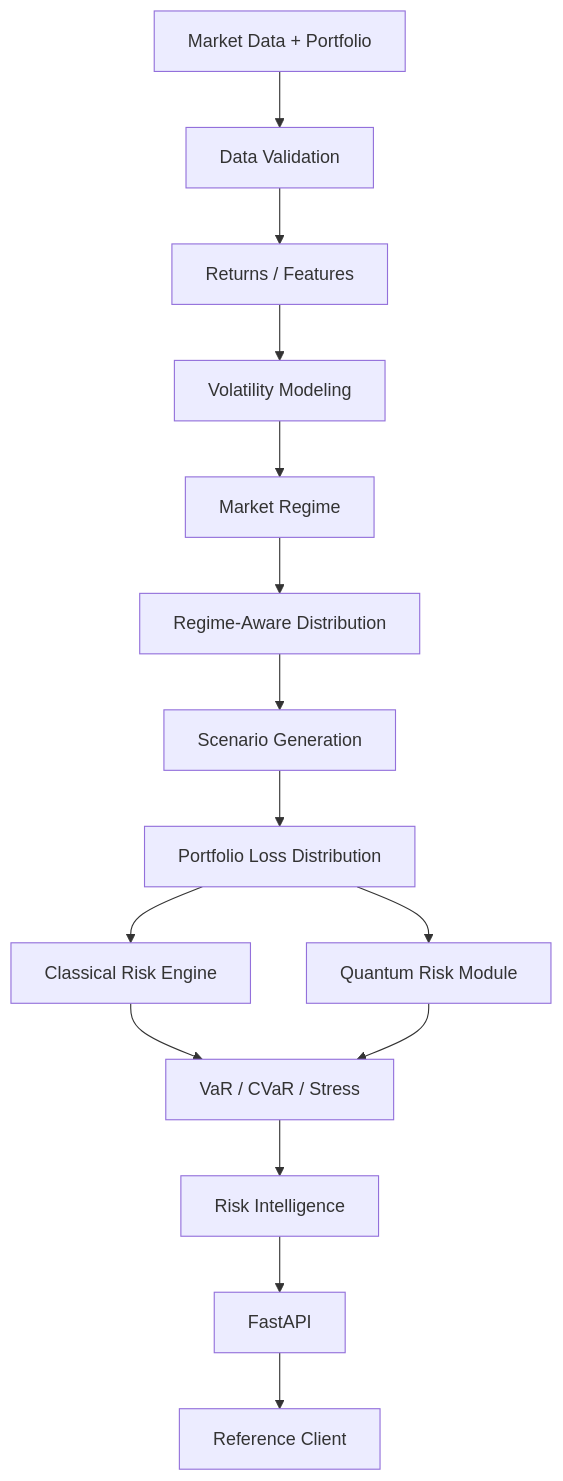
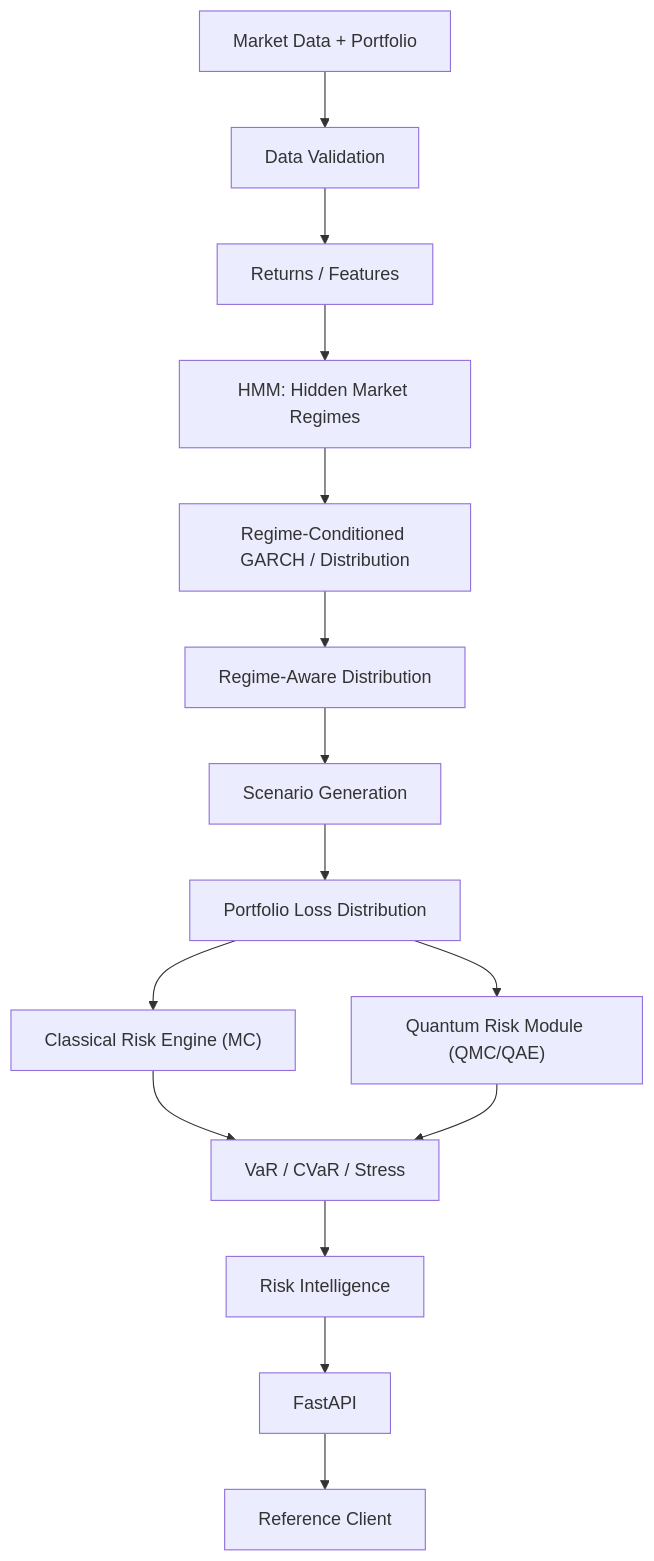
Before and after one commit to quantstellar-community/sigma: the first of 2 diagrams in README.md, drawn with Mermaid. The commit also changed other lines of this file and 12 other files, not shown here.

Commit message:
docs: align all docs with regime-conditioned research direction (ADR-0007/0008)

````diff
--- a/README.md
+++ b/README.md
@@ -32,17 +32,17 @@
 ```mermaid
 flowchart TD
     DATA["Market Data + Portfolio"] --> VALIDATE["Data Validation"]
     VALIDATE --> RETURNS["Returns / Features"]
-    RETURNS --> VOL["Volatility Modeling"]
-    VOL --> REGIME["Market Regime"]
-    REGIME --> DIST["Regime-Aware Distribution"]
+    RETURNS --> REGIME["HMM: Hidden Market Regimes"]
+    REGIME --> VOL["Regime-Conditioned GARCH / Distribution"]
+    VOL --> DIST["Regime-Aware Distribution"]
     DIST --> SCENARIO["Scenario Generation"]
     SCENARIO --> LOSS["Portfolio Loss Distribution"]
-    LOSS --> CLASSICAL["Classical Risk Engine"]
-    LOSS --> QUANTUM["Quantum Risk Module"]
+    LOSS --> CLASSICAL["Classical Risk Engine (MC)"]
+    LOSS --> QUANTUM["Quantum Risk Module (QMC/QAE)"]
     CLASSICAL --> RISK["VaR / CVaR / Stress"]
     QUANTUM --> RISK
     RISK --> INTEL["Risk Intelligence"]
     INTEL --> API["FastAPI"]
     API --> CLIENT["Reference Client"]
 ```
````
